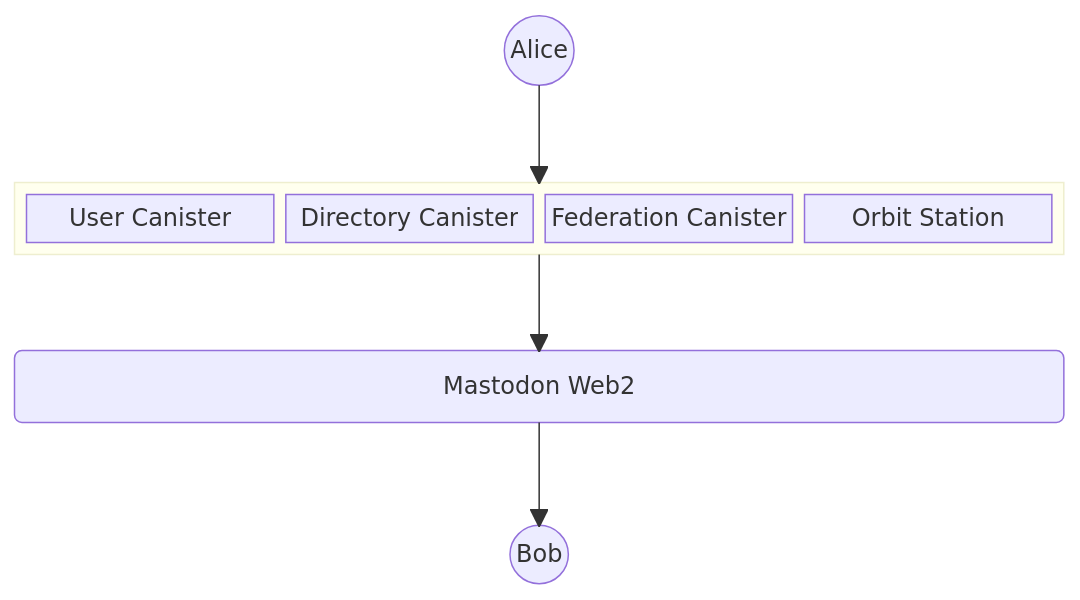
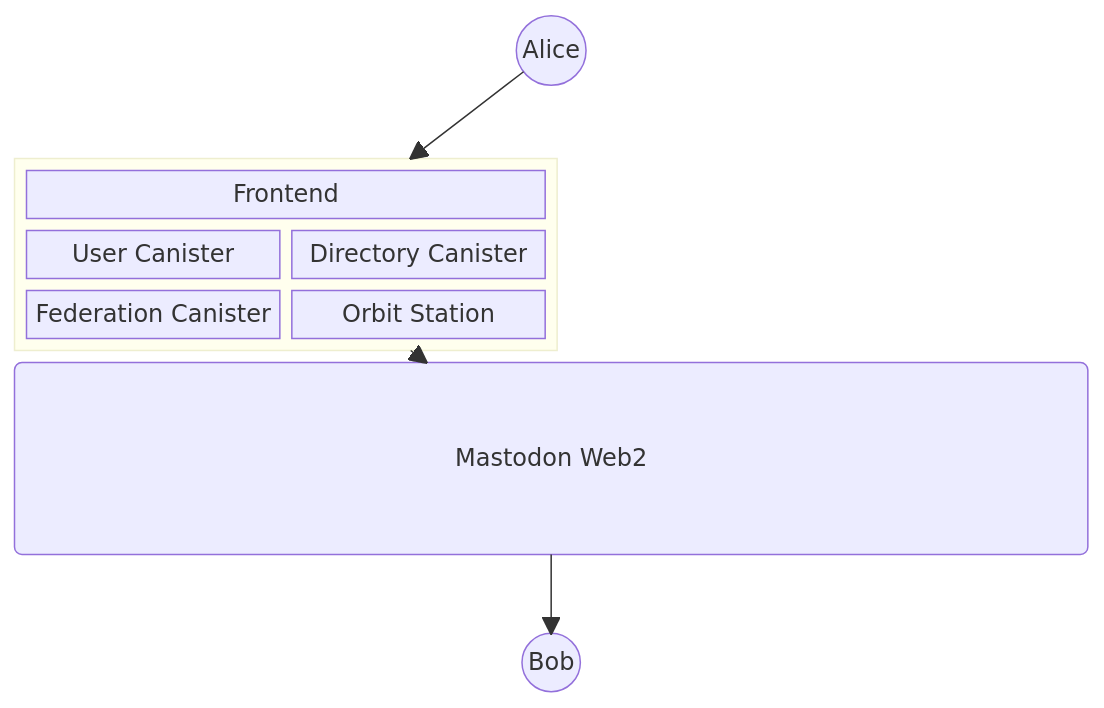
One commit to veeso/mastic changed the first of 11 diagrams in docs/architecture/README.md. Above: the diagram before and after it, drawn with Mermaid. The commit also changed other lines of this file and 26 other files, not shown here.

Commit message:
docs: Architecture and Flows

````diff
--- a/docs/architecture/README.md
+++ b/docs/architecture/README.md
@@ -16,27 +24,25 @@
 ```mermaid
 block-beta
-    columns 1
-    Alice (("Alice"))
-
-    space
+    columns 2
+    Alice (("Alice")):2
 
     block:mastic
+        columns 2
+          fe["Frontend"]:2
           uc["User Canister"]
           dir["Directory Canister"]
           fed["Federation Canister"]
           os["Orbit Station"]
     end
 
-    space
+    space 
 
-    mastodon("Mastodon Web2")
+    mastodon("Mastodon Web2"):2
 
-    space
-
-    Bob(("Bob"))
+    Bob(("Bob")):2
 
     Alice --> mastic
     mastic --> mastodon
     mastodon --> Bob
 
 ```
````
